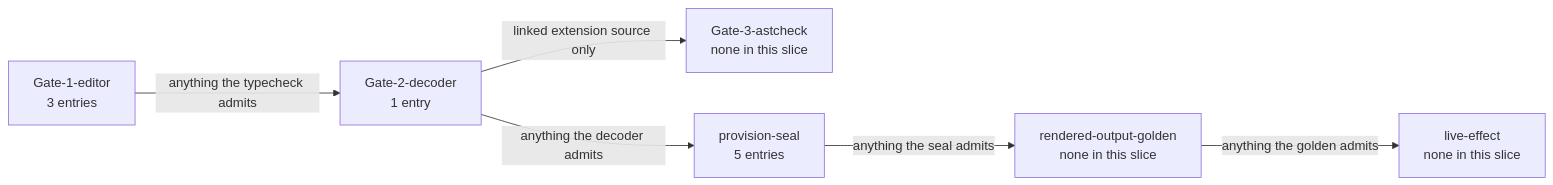
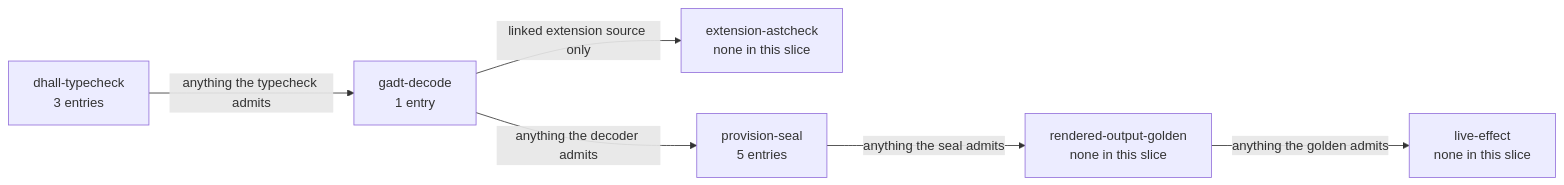
One commit to Tuee22/amoebius changed the diagram in documents/illegal_state/illegal_state_capacity.md. Above: the diagram before and after it, drawn with Mermaid. The commit also changed other lines of this file and 381 other files, not shown here.

````diff
--- a/documents/illegal_state/illegal_state_capacity.md
+++ b/documents/illegal_state/illegal_state_capacity.md
@@ -61,15 +61,15 @@
 ```mermaid
 flowchart LR
   %% register: orientation
-  g1["Gate-1-editor<br/>3 entries"]
-  g2["Gate-2-decoder<br/>1 entry"]
-  g3["Gate-3-astcheck<br/>none in this slice"]
+  g1["dhall-typecheck<br/>3 entries"]
+  g2["gadt-decode<br/>1 entry"]
+  g3["extension-astcheck<br/>none in this slice"]
   ps["provision-seal<br/>5 entries"]
   rg["rendered-output-golden<br/>none in this slice"]
   le["live-effect<br/>none in this slice"]
   g1 -->|"anything the typecheck admits"| g2
   g2 -->|"linked extension source only"| g3
   g2 -->|"anything the decoder admits"| ps
   ps -->|"anything the seal admits"| rg
   rg -->|"anything the golden admits"| le
 ```
````
